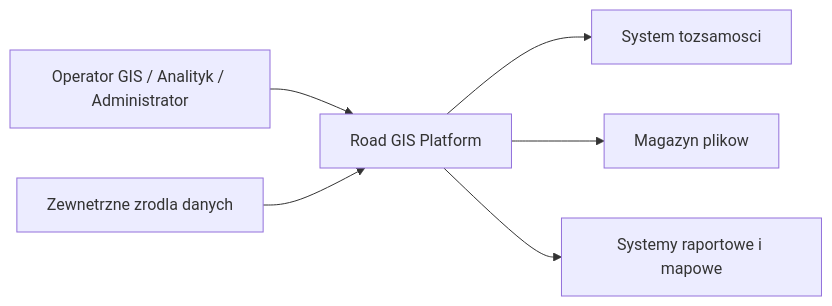
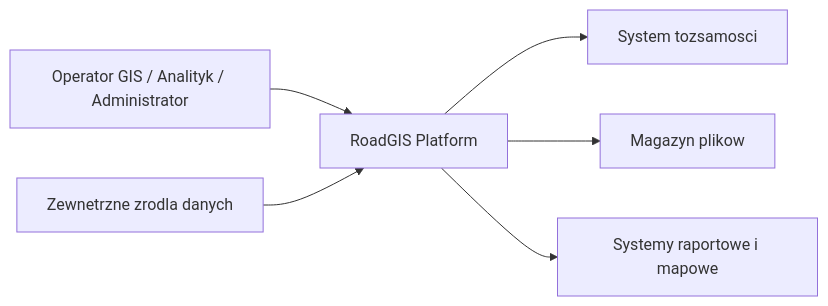
One commit to kdziolak/Szkice-formatek changed the diagram in docs/architecture/context-diagram.md. Above: the diagram before and after it, drawn with Mermaid. The commit also changed 105 other files, not shown here.

````diff
--- a/docs/architecture/context-diagram.md
+++ b/docs/architecture/context-diagram.md
@@ -3,15 +3,15 @@
 ```mermaid
 flowchart LR
   User[Operator GIS / Analityk / Administrator]
-  Platform[Road GIS Platform]
+  Platform[RoadGIS Platform]
   Auth[System tozsamosci]
   Files[Magazyn plikow]
   Ext[Zewnetrzne zrodla danych]
   Consumers[Systemy raportowe i mapowe]
 
   User --> Platform
   Platform --> Auth
   Platform --> Files
   Ext --> Platform
   Platform --> Consumers
 ```
````
